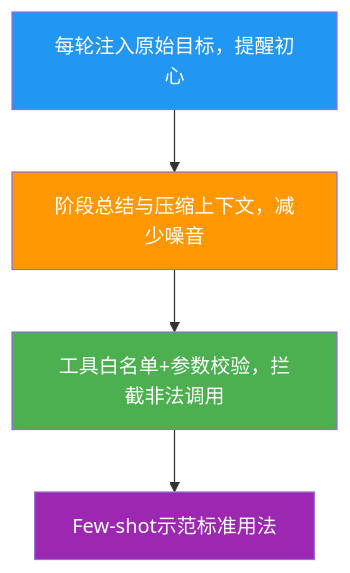
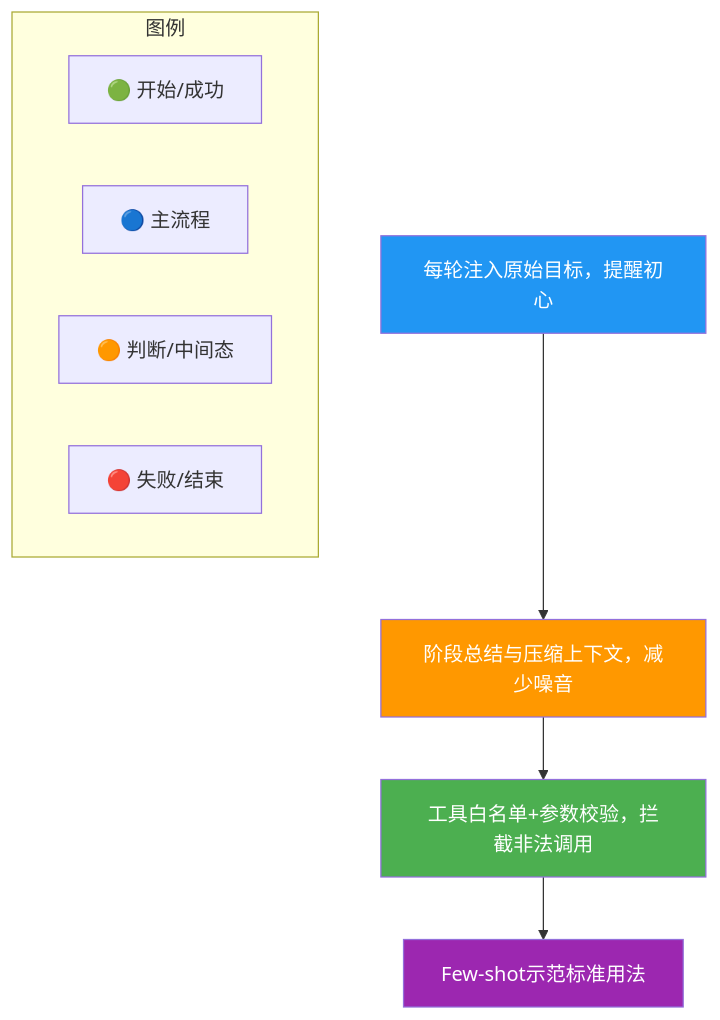
One commit to SunArthur86/interview-2026 changed the diagram in questions/llm-core/bd-ai-008.md. Above: the diagram before and after it, drawn with Mermaid. The commit also changed other lines of this file and 3180 other files, not shown here.

First line of the commit message:
Mermaid颜色增强99% + 面试频率分类(高频1571/中频1115/低频461)

````diff
--- a/questions/llm-core/bd-ai-008.md
+++ b/questions/llm-core/bd-ai-008.md
@@ -107,14 +108,20 @@
 ```mermaid
 flowchart TD
     N0["每轮注入原始目标，提醒初心"]
     N1["阶段总结与压缩上下文，减少噪音"]
     N2["工具白名单+参数校验，拦截非法调用"]
     N3["Few-shot示范标准用法"]
     N0 --> N1
     N1 --> N2
     N2 --> N3
     style N0 fill:#2196F3,color:#fff
     style N1 fill:#FF9800,color:#fff
     style N2 fill:#4CAF50,color:#fff
     style N3 fill:#9C27B0,color:#fff
+    subgraph Legend["图例"]
+        L1["🟢 开始/成功"]:::start
+        L2["🔵 主流程"]:::process
+        L3["🟠 判断/中间态"]:::decision
+        L4["🔴 失败/结束"]:::error
+    end
 ```
````
